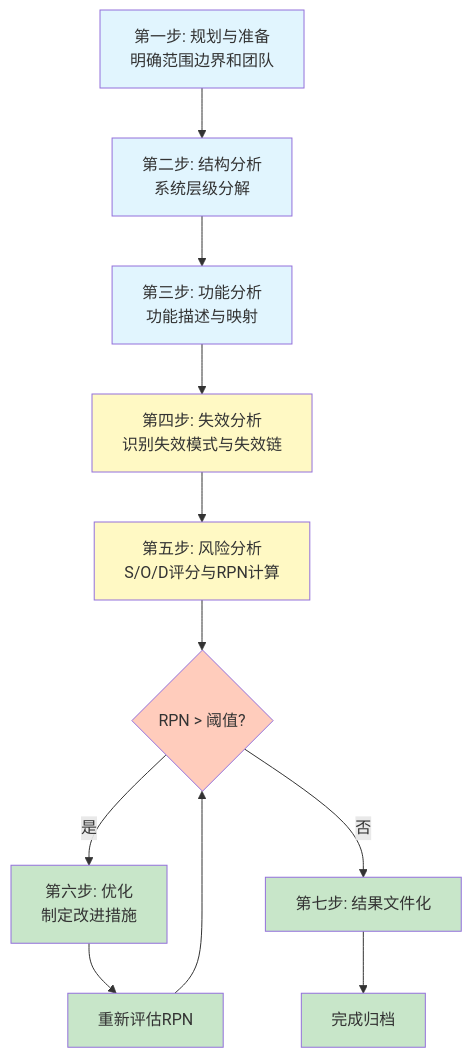
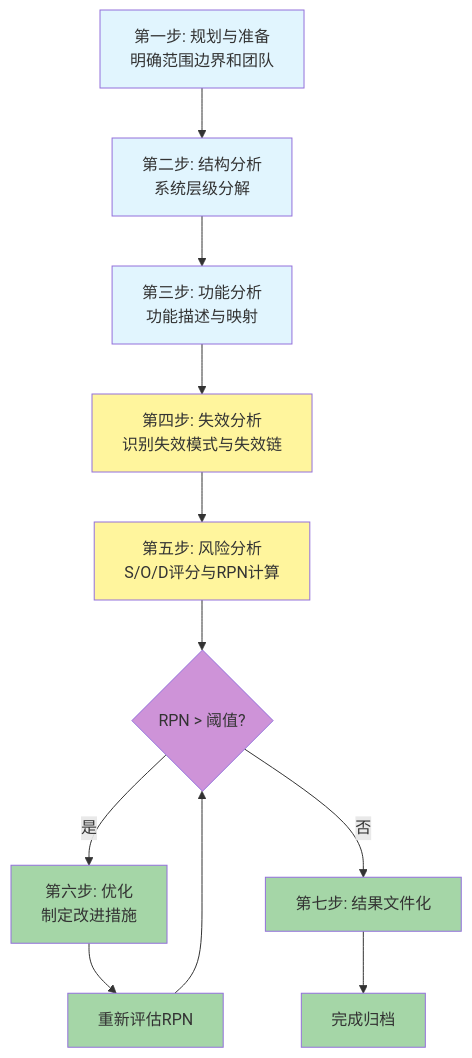
Before and after one commit to s-ai-unix/blog: the second of 8 diagrams in content/posts/2026-01-16-automotive-risk-analysis-overview.md, drawn with Mermaid. The commit also changed other lines of this file and 3 other files, not shown here.

````diff
--- a/content/posts/2026-01-16-automotive-risk-analysis-overview.md
+++ b/content/posts/2026-01-16-automotive-risk-analysis-overview.md
@@ -97,24 +97,24 @@
 ```mermaid
 flowchart TD
     A[第一步: 规划与准备<br>明确范围边界和团队] --> B[第二步: 结构分析<br>系统层级分解]
     B --> C[第三步: 功能分析<br>功能描述与映射]
     C --> D[第四步: 失效分析<br>识别失效模式与失效链]
     D --> E[第五步: 风险分析<br>S/O/D评分与RPN计算]
     E --> F{RPN > 阈值?}
     F -->|是| G[第六步: 优化<br>制定改进措施]
     F -->|否| H[第七步: 结果文件化]
     G --> I[重新评估RPN]
     I --> F
     H --> J[完成归档]
 
     style A fill:#e1f5fe
     style B fill:#e1f5fe
     style C fill:#e1f5fe
-    style D fill:#fff9c4
-    style E fill:#fff9c4
-    style F fill:#ffccbc
-    style G fill:#c8e6c9
-    style H fill:#c8e6c9
-    style I fill:#c8e6c9
-    style J fill:#c8e6c9
+    style D fill:#fff59d
+    style E fill:#fff59d
+    style F fill:#ce93d8
+    style G fill:#a5d6a7
+    style H fill:#a5d6a7
+    style I fill:#a5d6a7
+    style J fill:#a5d6a7
 ```
````
